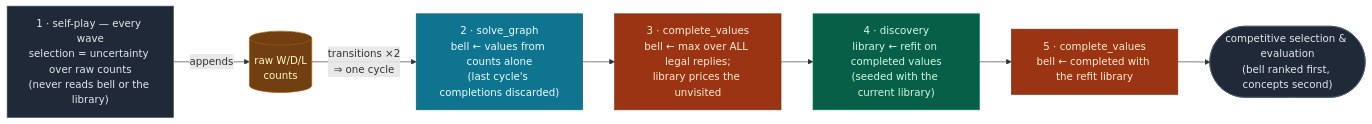
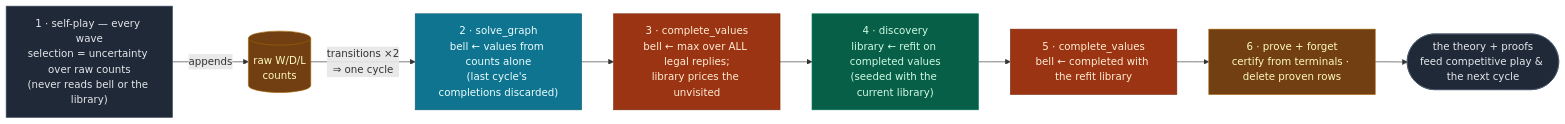
Before and after one commit to MatheweB/WiseExplorer: the diagram in docs/value-loop.md, drawn with Mermaid. The commit also changed other lines of this file and 6 other files, not shown here.

First line of the commit message:
Rewrite docs around the invent → prove → forget paradigm

````diff
--- a/docs/value-loop.md
+++ b/docs/value-loop.md
@@ -93,14 +98,15 @@
 ```mermaid
 flowchart LR
     classDef pl fill:#1f2937,stroke:#475569,color:#e5e7eb
     classDef db fill:#713f12,stroke:#a16207,color:#fef9c3
     classDef ev fill:#0e7490,stroke:#155e75,color:#ecfeff
     classDef co fill:#9a3412,stroke:#7c2d12,color:#ffedd5
     classDef di fill:#065f46,stroke:#047857,color:#d1fae5
     P["1 · self-play — every wave<br/>selection = uncertainty over raw counts<br/>(never reads bell or the library)"]:::pl -->|"appends"| K[("raw W/D/L<br/>counts")]:::db
     K -->|"transitions ×2<br/>⇒ one cycle"| S["2 · solve_graph<br/>bell ← values from counts alone<br/>(last cycle's completions discarded)"]:::ev
     S --> C1["3 · complete_values<br/>bell ← max over ALL legal replies;<br/>library prices the unvisited"]:::co
     C1 --> D["4 · discovery<br/>library ← refit on completed values<br/>(seeded with the current library)"]:::di
     D --> C2["5 · complete_values<br/>bell ← completed with the refit library"]:::co
-    C2 --> OUT(["competitive selection & evaluation<br/>(bell ranked first, concepts second)"]):::pl
+    C2 --> PR["6 · prove + forget<br/>certify from terminals · delete proven rows"]:::db
+    PR --> OUT(["the theory + proofs<br/>feed competitive play & the next cycle"]):::pl
 ```
````
